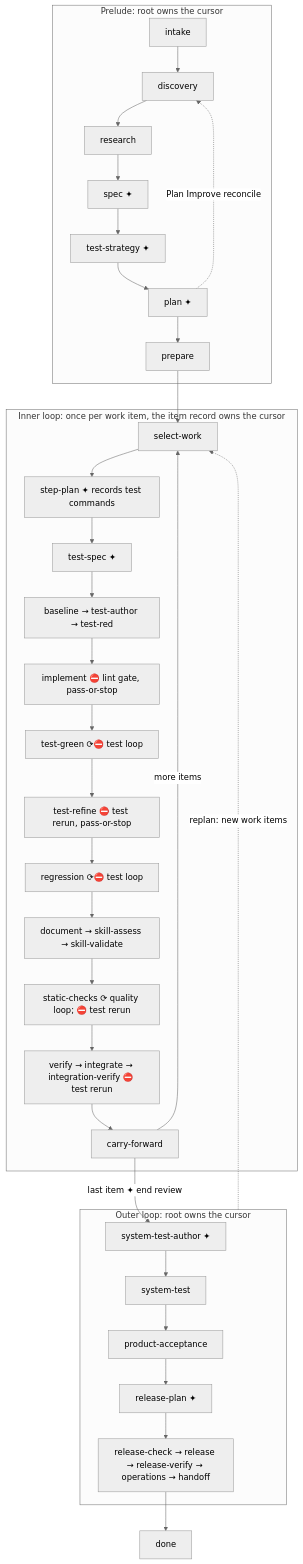
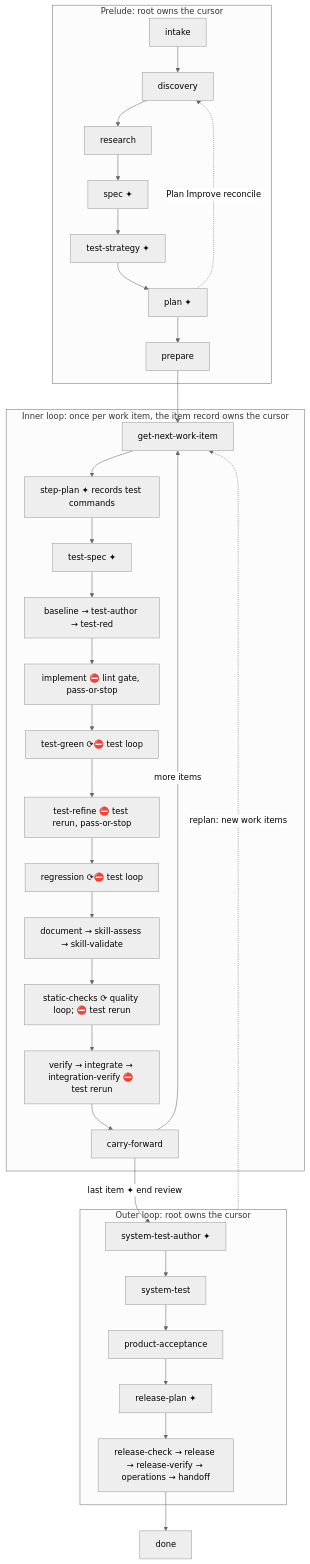
The second of 4 diagrams in skills/shiploop/references/navigator.md (whichguy/skill-craft), drawn with Mermaid (neutral theme) before and after one commit. The commit also changed other lines of this file and 27 other files, not shown here.

````diff
--- a/skills/shiploop/references/navigator.md
+++ b/skills/shiploop/references/navigator.md
@@ -67,27 +67,27 @@
 ```mermaid
 flowchart TD
   subgraph PRELUDE[Prelude: root owns the cursor]
     intake --> discovery --> research --> spec[spec ✦] --> ts[test-strategy ✦] --> plan[plan ✦] --> prepare
     plan -. "Plan Improve reconcile" .-> discovery
   end
   prepare --> SW
   subgraph INNER[Inner loop: once per work item, the item record owns the cursor]
-    SW[select-work] --> SP[step-plan ✦ records test commands] --> TS[test-spec ✦] --> BL[baseline → test-author → test-red]
+    SW[get-next-work-item] --> SP[step-plan ✦ records test commands] --> TS[test-spec ✦] --> BL[baseline → test-author → test-red]
     BL --> IM[implement ⛔ lint gate, pass-or-stop]
     IM --> TG[test-green ⟳⛔ test loop]
     TG --> TR[test-refine ⛔ test rerun, pass-or-stop]
     TR --> RG[regression ⟳⛔ test loop]
     RG --> DOC[document → skill-assess → skill-validate]
     DOC --> SC[static-checks ⟳ quality loop; ⛔ test rerun]
     SC --> VI[verify → integrate → integration-verify ⛔ test rerun]
     VI --> CF[carry-forward]
     CF -->|more items| SW
   end
   CF -->|"last item ✦ end review"| STA
   subgraph OUTER[Outer loop: root owns the cursor]
     STA[system-test-author ✦] --> ST[system-test] --> PA[product-acceptance] --> RP[release-plan ✦]
     RP --> REL[release-check → release → release-verify → operations → handoff]
   end
   OUTER -. "replan: new work items" .-> SW
   REL --> done
 ```
````
